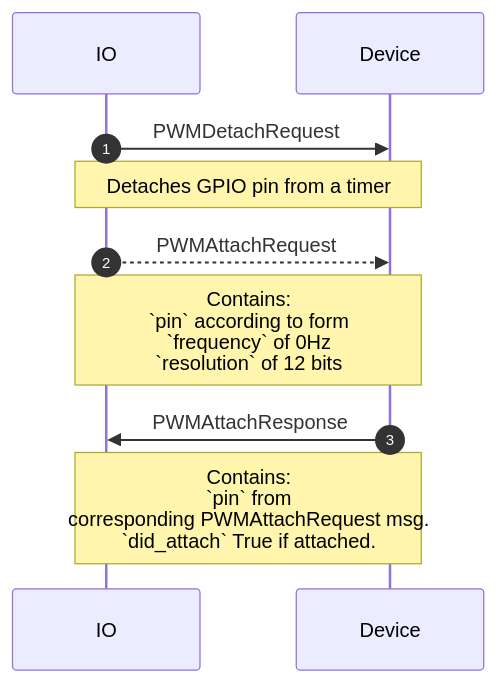
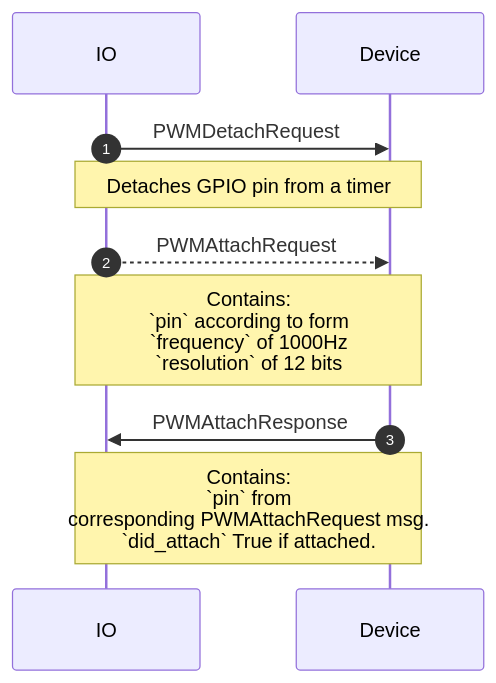
One commit to adafruit/Wippersnapper_Protobuf changed the eighth of 10 diagrams in proto/wippersnapper/pwm/v1/pwm.md. Above: the diagram before and after it, drawn with Mermaid. The commit also changed other lines of this file, not shown here.

````diff
--- a/proto/wippersnapper/pwm/v1/pwm.md
+++ b/proto/wippersnapper/pwm/v1/pwm.md
@@ -101,12 +101,12 @@
 ```mermaid
 sequenceDiagram
 autonumber
 IO->>Device: PWMDetachRequest
 Note over IO, Device: Detaches GPIO pin from a timer
 
 IO-->>Device: PWMAttachRequest
-Note over IO, Device: Contains:<br> `pin` according to form<br>`frequency` of 0Hz<br> `resolution` of 12 bits
+Note over IO, Device: Contains:<br> `pin` according to form<br>`frequency` of 1000Hz<br> `resolution` of 12 bits
 
 Device->>IO: PWMAttachResponse
 Note over IO, Device: Contains:<br> `pin` from <br>corresponding PWMAttachRequest msg. <br>`did_attach` True if attached.
 ```
````
